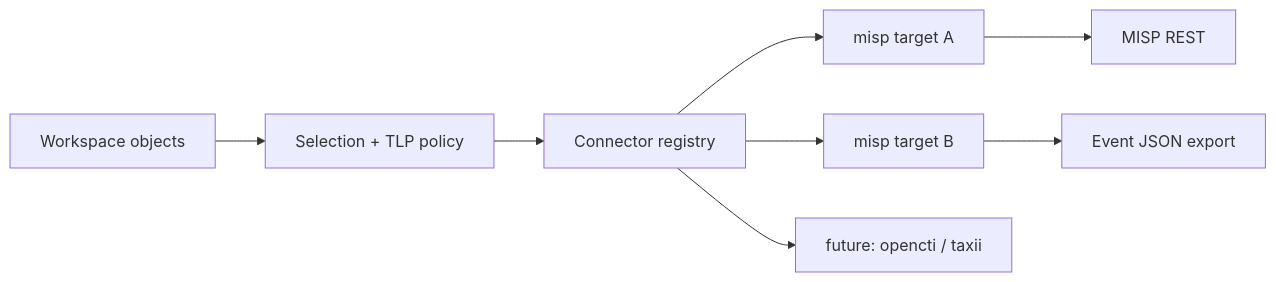
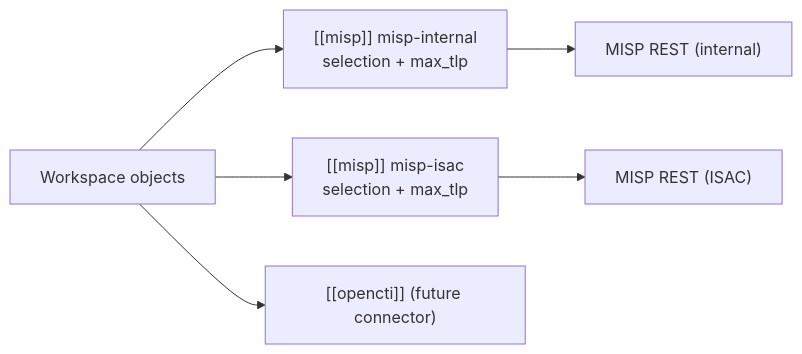
The first of 2 diagrams in rfcs/0005-sharing-system.md (opentidehq/specifications), drawn with Mermaid before and after one commit. The commit also changed other lines of this file and 29 other files, not shown here.

First line of the commit message:
Accept sharing: [[misp]] blocks in one sharing.toml and the MISP connector spec (#19)

````diff
--- a/rfcs/0005-sharing-system.md
+++ b/rfcs/0005-sharing-system.md
@@ -63,10 +66,8 @@
 ```mermaid
 flowchart LR
-  WS["Workspace objects"] --> Sel["Selection + TLP policy"]
-  Sel --> Conn["Connector registry"]
-  Conn --> M["misp target A"]
-  Conn --> N["misp target B"]
-  Conn --> F["future: opencti / taxii"]
-  M --> API["MISP REST"]
-  N --> File["Event JSON export"]
+  WS["Workspace objects"] --> A["[[misp]] misp-internal<br/>selection + max_tlp"]
+  WS --> B["[[misp]] misp-isac<br/>selection + max_tlp"]
+  WS --> C["[[opencti]] (future connector)"]
+  A --> API1["MISP REST (internal)"]
+  B --> API2["MISP REST (ISAC)"]
 ```
````
